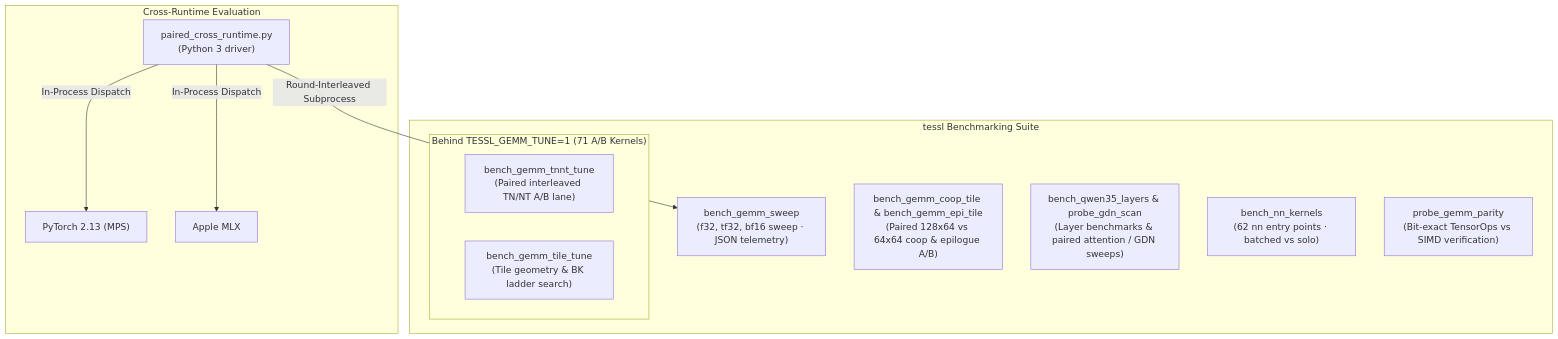
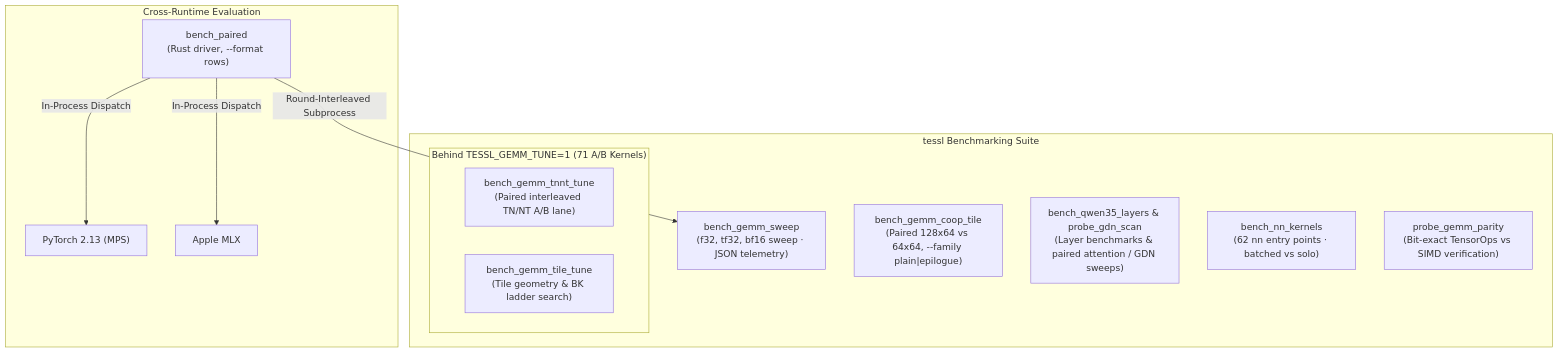
Before and after one commit to bharathvbcr/tessl: the first of 5 diagrams in docs/benchmarking.md, drawn with Mermaid. The commit also changed other lines of this file and 20 other files, not shown here.

````diff
--- a/docs/benchmarking.md
+++ b/docs/benchmarking.md
@@ -29,25 +25,25 @@
 ```mermaid
 flowchart TD
     subgraph Suite["tessl Benchmarking Suite"]
         Sweep["bench_gemm_sweep<br/>(f32, tf32, bf16 sweep · JSON telemetry)"]
-        TileAB["bench_gemm_coop_tile &amp; bench_gemm_epi_tile<br/>(Paired 128x64 vs 64x64 coop &amp; epilogue A/B)"]
+        TileAB["bench_gemm_coop_tile<br/>(Paired 128x64 vs 64x64, --family plain|epilogue)"]
         QwenBench["bench_qwen35_layers &amp; probe_gdn_scan<br/>(Layer benchmarks &amp; paired attention / GDN sweeps)"]
         NnBench["bench_nn_kernels<br/>(62 nn entry points · batched vs solo)"]
         Parity["probe_gemm_parity<br/>(Bit-exact TensorOps vs SIMD verification)"]
         
         subgraph TuneGated["Behind TESSL_GEMM_TUNE=1 (71 A/B Kernels)"]
             TnNtTune["bench_gemm_tnnt_tune<br/>(Paired interleaved TN/NT A/B lane)"]
             TileTune["bench_gemm_tile_tune<br/>(Tile geometry &amp; BK ladder search)"]
         end
     end
 
     subgraph CrossRuntime["Cross-Runtime Evaluation"]
-        PyHarness["paired_cross_runtime.py<br/>(Python 3 driver)"]
+        PyHarness["bench_paired<br/>(Rust driver, --format rows)"]
         TorchMPS["PyTorch 2.13 (MPS)"]
         MLX["Apple MLX"]
     end
 
     PyHarness -->|Round-Interleaved Subprocess| Sweep
     PyHarness -->|In-Process Dispatch| TorchMPS
     PyHarness -->|In-Process Dispatch| MLX
 ```
````
